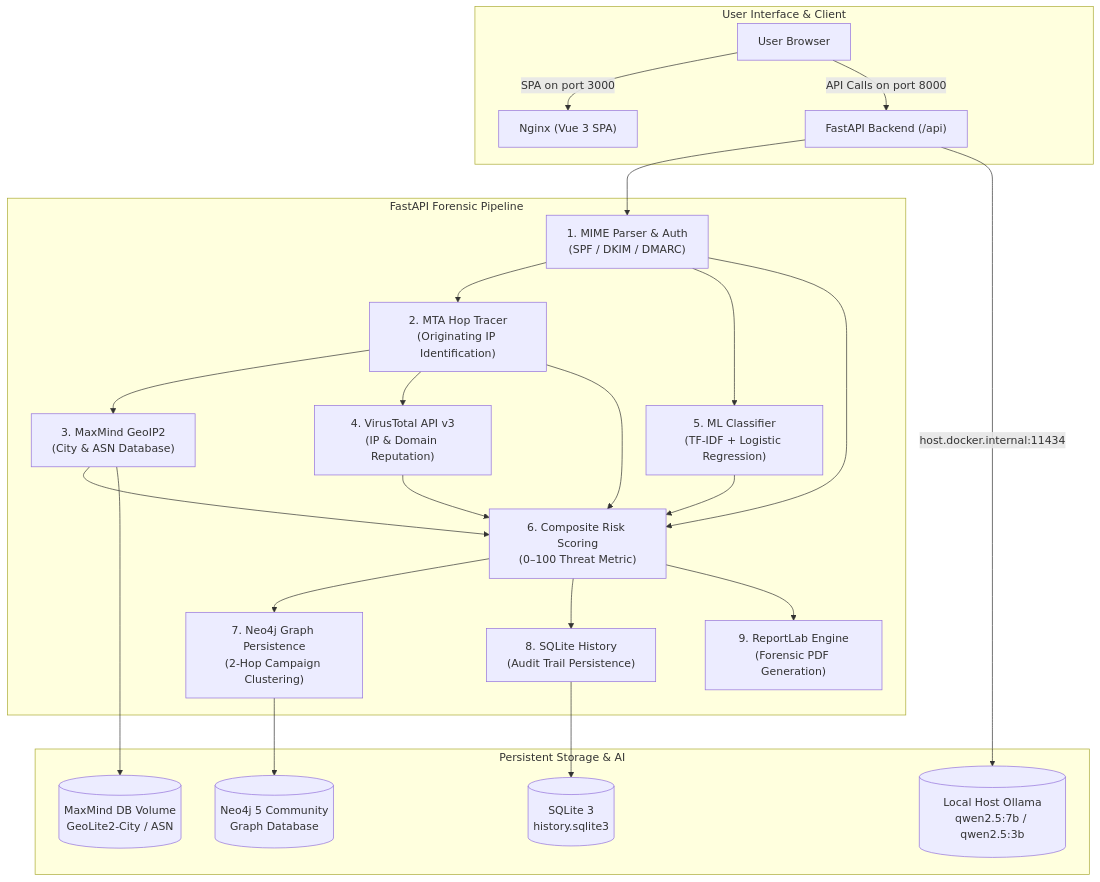
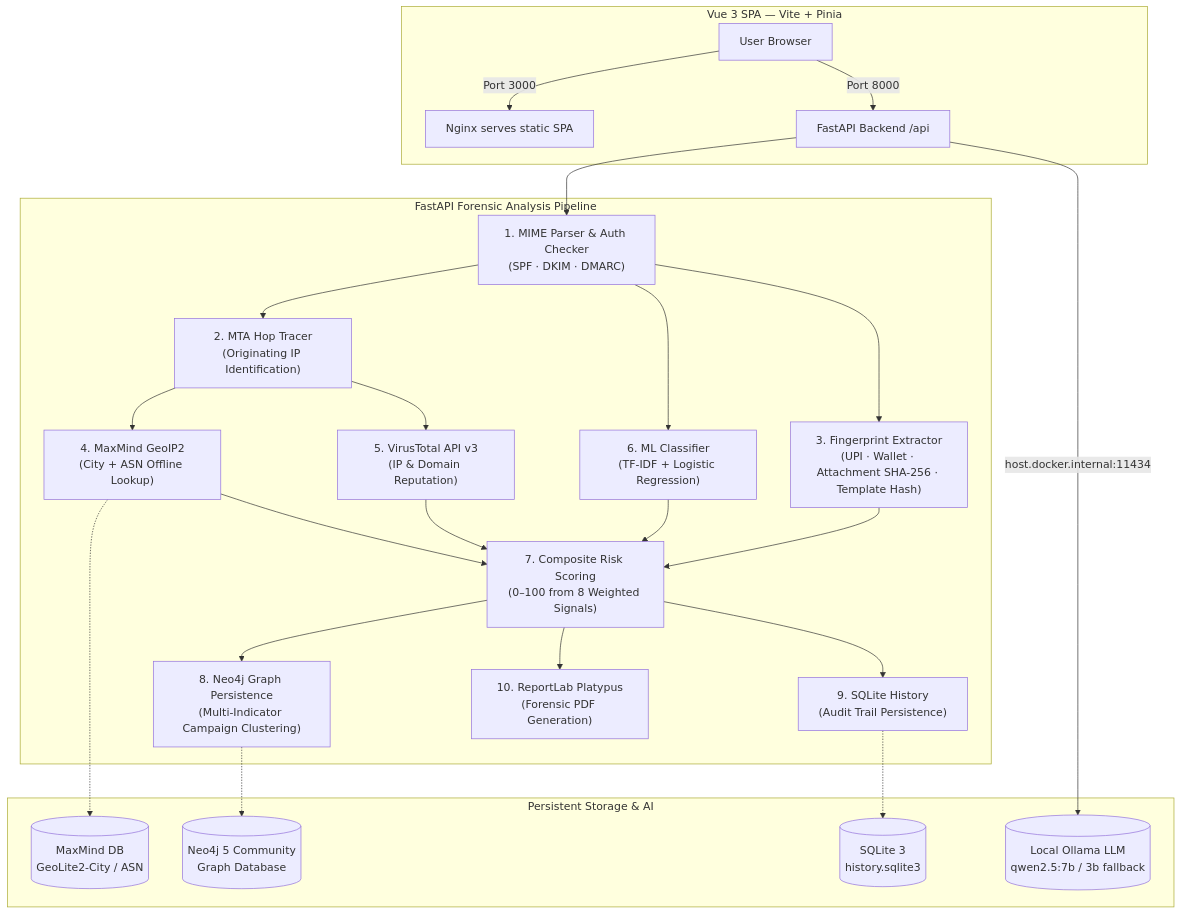
Before and after one commit to krishna2838/TrashMail_ai: the diagram in README.md, drawn with Mermaid. The commit also changed other lines of this file and 2 other files, not shown here.

Commit message:
refactor: implement single-scroll layout and update documentation with project architecture details

````diff
--- a/README.md
+++ b/README.md
@@ -10,26 +20,28 @@
 ```mermaid
 flowchart TD
-    subgraph Client["User Interface & Client"]
-        Browser["User Browser"] -->|SPA on port 3000| Nginx["Nginx (Vue 3 SPA)"]
-        Browser -->|API Calls on port 8000| API["FastAPI Backend (/api)"]
+    subgraph Client["Vue 3 SPA — Vite + Pinia"]
+        Browser["User Browser"]
+        Browser -->|Port 3000| Nginx["Nginx serves static SPA"]
+        Browser -->|Port 8000| API["FastAPI Backend /api"]
     end
 
-    subgraph Backend["FastAPI Forensic Pipeline"]
-        API --> P1["1. MIME Parser & Auth<br/>(SPF / DKIM / DMARC)"]
+    subgraph Pipeline["FastAPI Forensic Analysis Pipeline"]
+        API --> P1["1. MIME Parser & Auth Checker<br/>(SPF · DKIM · DMARC)"]
         P1 --> P2["2. MTA Hop Tracer<br/>(Originating IP Identification)"]
-        P2 --> P3["3. MaxMind GeoIP2<br/>(City & ASN Database)"]
-        P2 --> P4["4. VirusTotal API v3<br/>(IP & Domain Reputation)"]
-        P1 --> P5["5. ML Classifier<br/>(TF-IDF + Logistic Regression)"]
-        P1 & P2 & P3 & P4 & P5 --> P6["6. Composite Risk Scoring<br/>(0–100 Threat Metric)"]
-        P6 --> P7["7. Neo4j Graph Persistence<br/>(2-Hop Campaign Clustering)"]
-        P6 --> P8["8. SQLite History<br/>(Audit Trail Persistence)"]
-        P6 --> P9["9. ReportLab Engine<br/>(Forensic PDF Generation)"]
+        P1 --> FP["3. Fingerprint Extractor<br/>(UPI · Wallet · Attachment SHA-256 · Template Hash)"]
+        P2 --> P3["4. MaxMind GeoIP2<br/>(City + ASN Offline Lookup)"]
+        P2 --> P4["5. VirusTotal API v3<br/>(IP & Domain Reputation)"]
+        P1 --> P5["6. ML Classifier<br/>(TF-IDF + Logistic Regression)"]
+        P3 & P4 & P5 & FP --> P6["7. Composite Risk Scoring<br/>(0–100 from 8 Weighted Signals)"]
+        P6 --> P7["8. Neo4j Graph Persistence<br/>(Multi-Indicator Campaign Clustering)"]
+        P6 --> P8["9. SQLite History<br/>(Audit Trail Persistence)"]
+        P6 --> P9["10. ReportLab Platypus<br/>(Forensic PDF Generation)"]
     end
 
     subgraph Storage["Persistent Storage & AI"]
-        P3 --> GeoData[("MaxMind DB Volume<br/>GeoLite2-City / ASN")]
-        P7 --> Neo4jDB[("Neo4j 5 Community<br/>Graph Database")]
-        P8 --> SQLiteDB[("SQLite 3<br/>history.sqlite3")]
-        API -->|host.docker.internal:11434| Ollama[("Local Host Ollama<br/>qwen2.5:7b / qwen2.5:3b")]
+        P3 -.-> GeoData[("MaxMind DB<br/>GeoLite2-City / ASN")]
+        P7 -.-> Neo4jDB[("Neo4j 5 Community<br/>Graph Database")]
+        P8 -.-> SQLiteDB[("SQLite 3<br/>history.sqlite3")]
+        API -->|host.docker.internal:11434| Ollama[("Local Ollama LLM<br/>qwen2.5:7b / 3b fallback")]
     end
 ```
````
